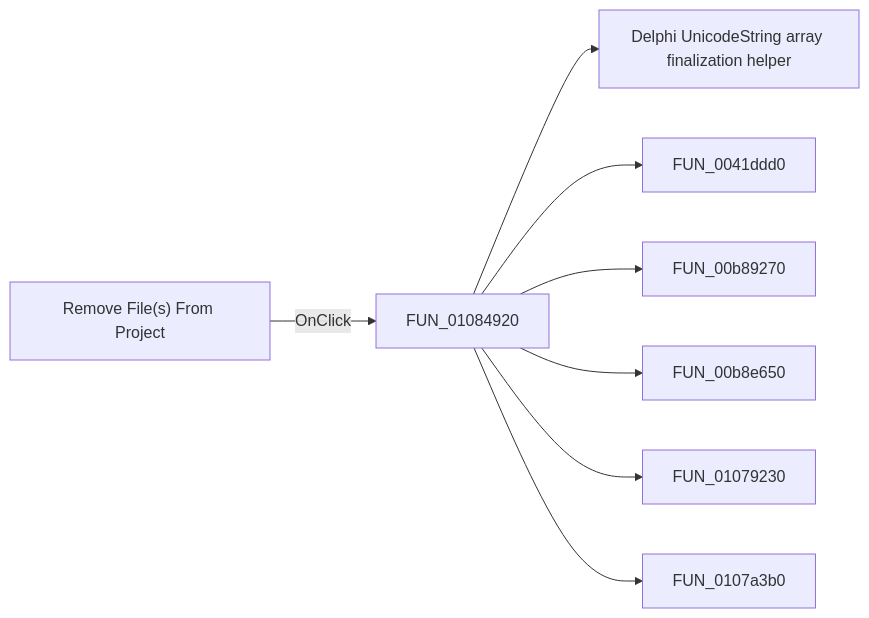
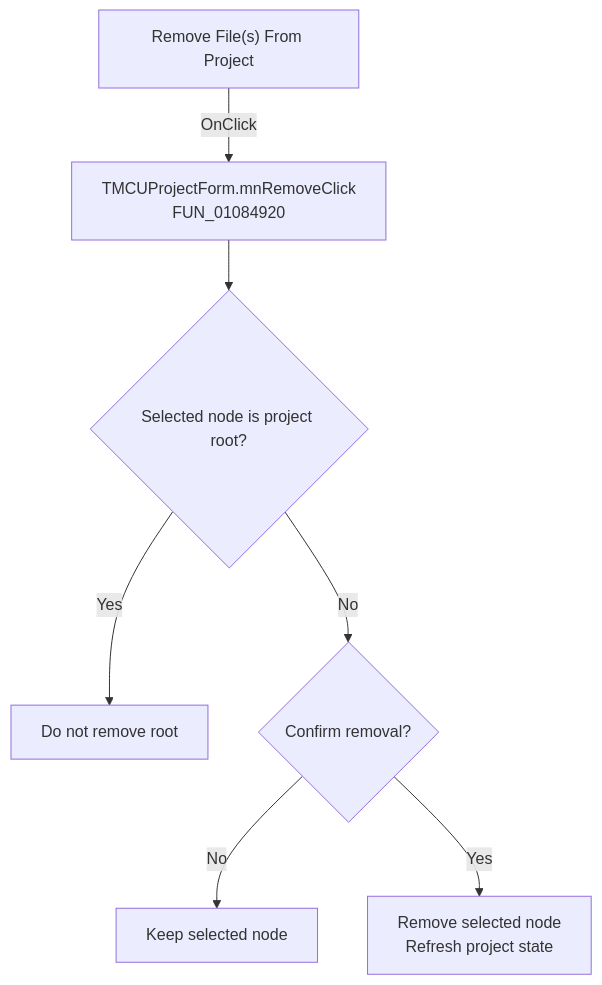
The diagram in docs/ui-controls/mcuprojectform/sbremovefromproject-a063239ba9.md (MovGP0/TIARA), drawn with Mermaid before and after one commit. The commit also changed other lines of this file and 1062 other files, not shown here.

````diff
--- a/docs/ui-controls/mcuprojectform/sbremovefromproject-a063239ba9.md
+++ b/docs/ui-controls/mcuprojectform/sbremovefromproject-a063239ba9.md
@@ -27,10 +27,9 @@
 ```mermaid
-flowchart LR
-    control["Remove File(s) From Project"] -->|OnClick| handler["FUN_01084920"]
-    handler --> call1["Delphi UnicodeString array finalization helper"]
-    handler --> call2["FUN_0041ddd0"]
-    handler --> call3["FUN_00b89270"]
-    handler --> call4["FUN_00b8e650"]
-    handler --> call5["FUN_01079230"]
-    handler --> call6["FUN_0107a3b0"]
+flowchart TD
+    control["Remove File(s) From Project"] -->|OnClick| handler["TMCUProjectForm.mnRemoveClick<br/>FUN_01084920"]
+    handler --> root{"Selected node is project root?"}
+    root -->|Yes| noOp["Do not remove root"]
+    root -->|No| confirm{"Confirm removal?"}
+    confirm -->|No| keep["Keep selected node"]
+    confirm -->|Yes| remove["Remove selected node<br/>Refresh project state"]
 ```
````
